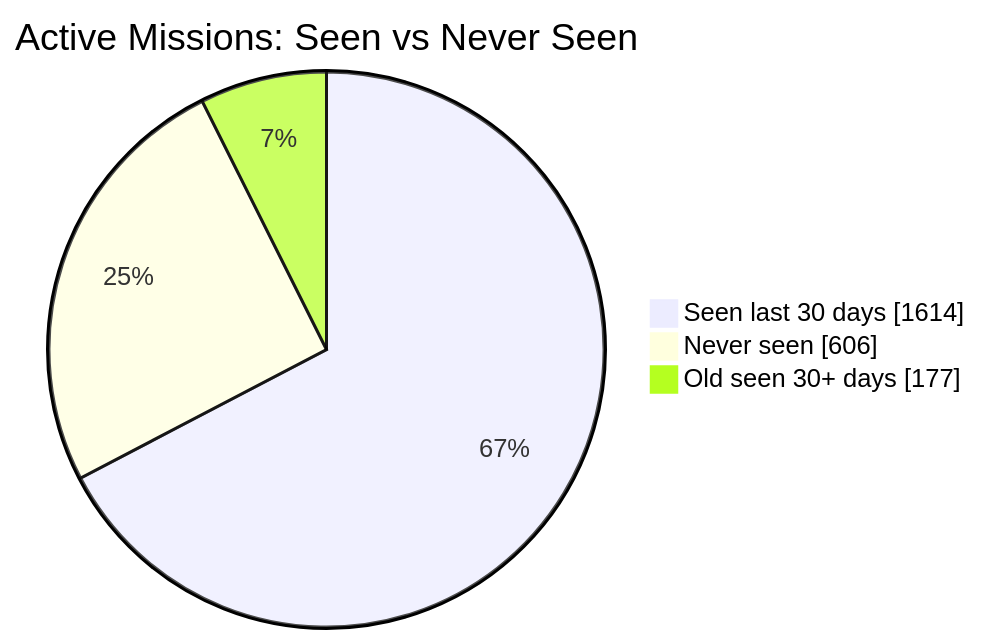
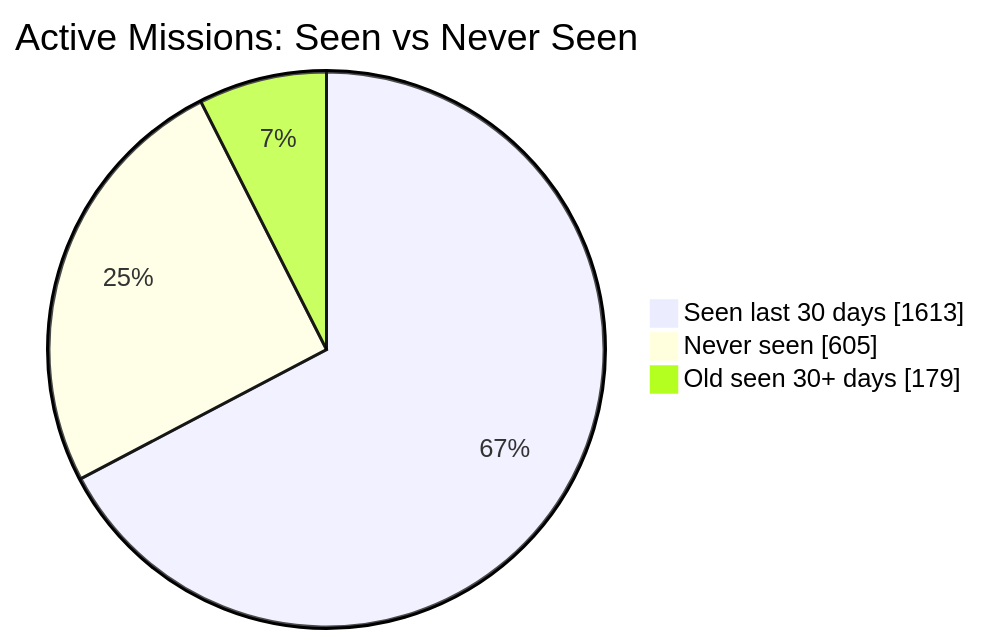
Before and after one commit to MeldkamerspelGameTeam/active-missions: the first of 2 diagrams in README.md, drawn with Mermaid. The commit also changed other lines of this file and 4 other files, not shown here.

````diff
--- a/README.md
+++ b/README.md
@@ -34,7 +34,7 @@
 ```mermaid
 pie showData
     title Active Missions: Seen vs Never Seen
-    "Seen last 30 days" : 1614
-    "Never seen" : 606
-    "Old seen 30+ days" : 177
+    "Seen last 30 days" : 1613
+    "Never seen" : 605
+    "Old seen 30+ days" : 179
 ```
````
